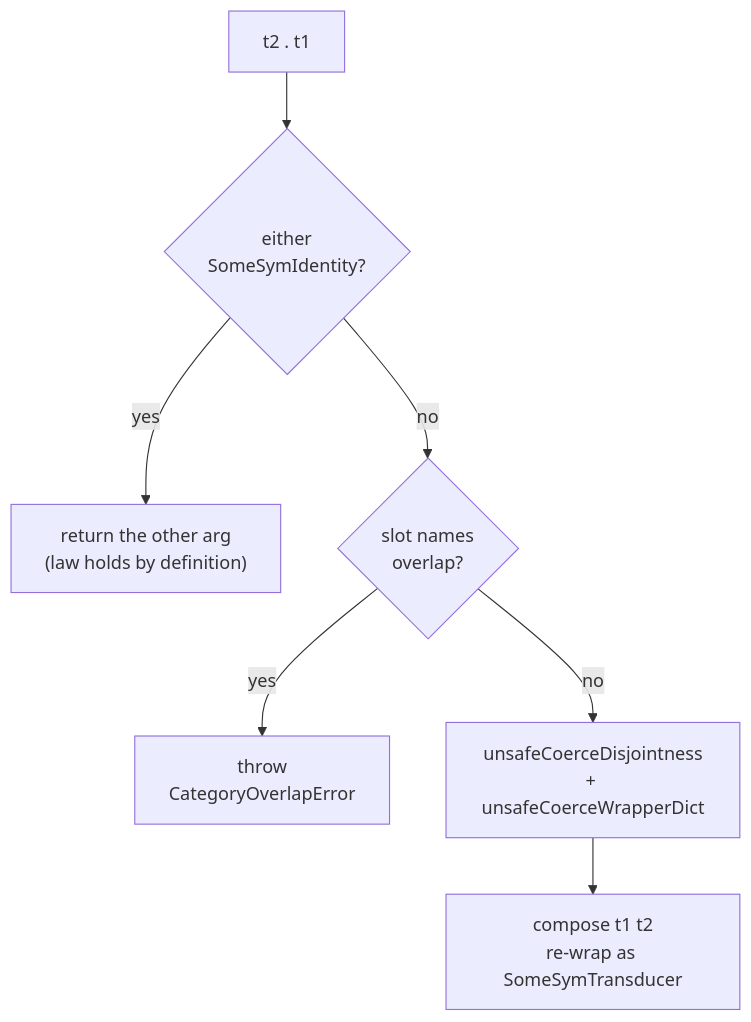
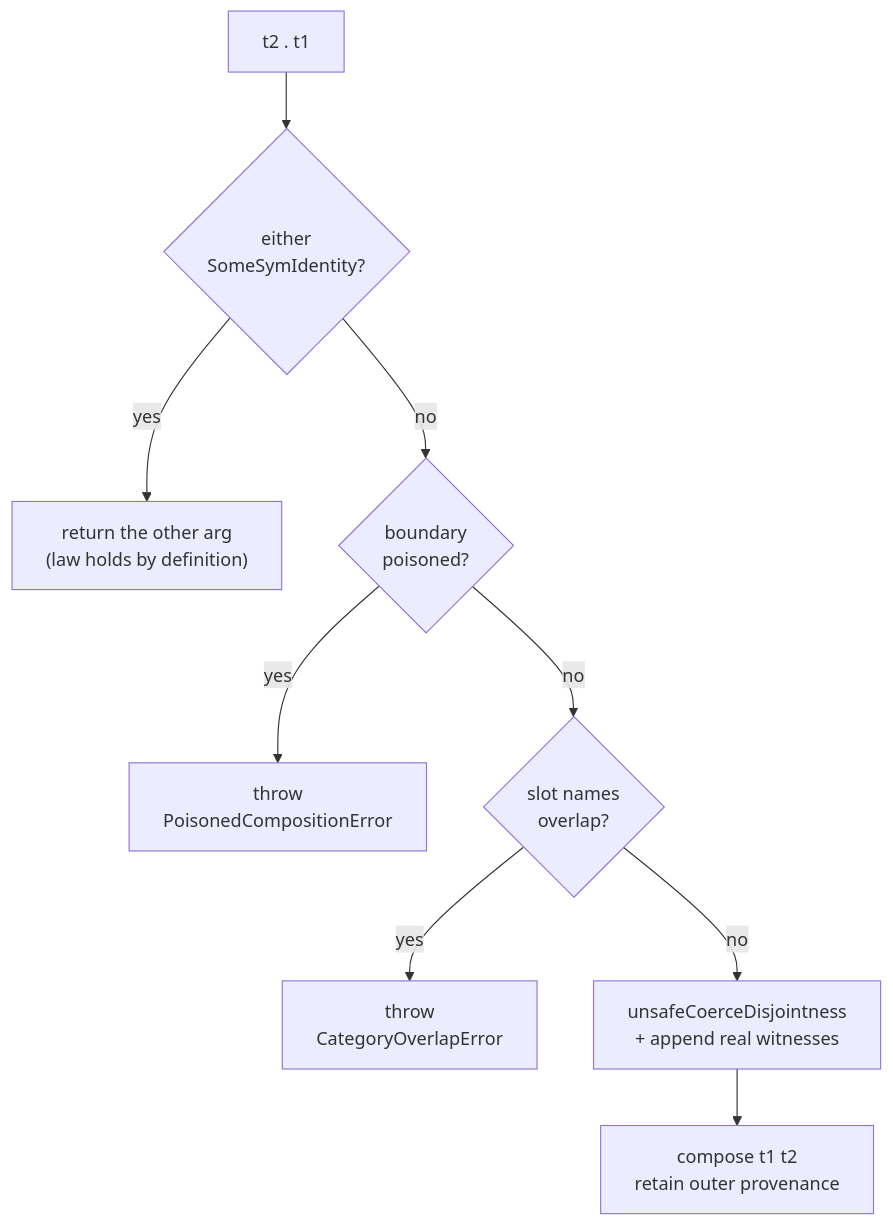
The diagram in content/docs/keiki/walkthrough/composition/09-category-and-overlap-check.mdx (shinzui/keiro-runtime-docs), drawn with Mermaid before and after one commit. The commit also changed other lines of this file and 34 other files, not shown here.

````diff
--- a/content/docs/keiki/walkthrough/composition/09-category-and-overlap-check.mdx
+++ b/content/docs/keiki/walkthrough/composition/09-category-and-overlap-check.mdx
@@ -164,9 +190,11 @@
 ```mermaid
 flowchart TD
   start["t2 . t1"] --> id1{"either<br/>SomeSymIdentity?"}
   id1 -->|yes| short["return the other arg<br/>(law holds by definition)"]
-  id1 -->|no| check{"slot names<br/>overlap?"}
+  id1 -->|no| poison{"boundary<br/>poisoned?"}
+  poison -->|yes| perr["throw<br/>PoisonedCompositionError"]
+  poison -->|no| check{"slot names<br/>overlap?"}
   check -->|yes| err["throw<br/>CategoryOverlapError"]
-  check -->|no| coerce["unsafeCoerceDisjointness<br/>+ unsafeCoerceWrapperDict"]
-  coerce --> comp["compose t1 t2<br/>re-wrap as SomeSymTransducer"]
+  check -->|no| coerce["unsafeCoerceDisjointness<br/>+ append real witnesses"]
+  coerce --> comp["compose t1 t2<br/>retain outer provenance"]
 ```
````
